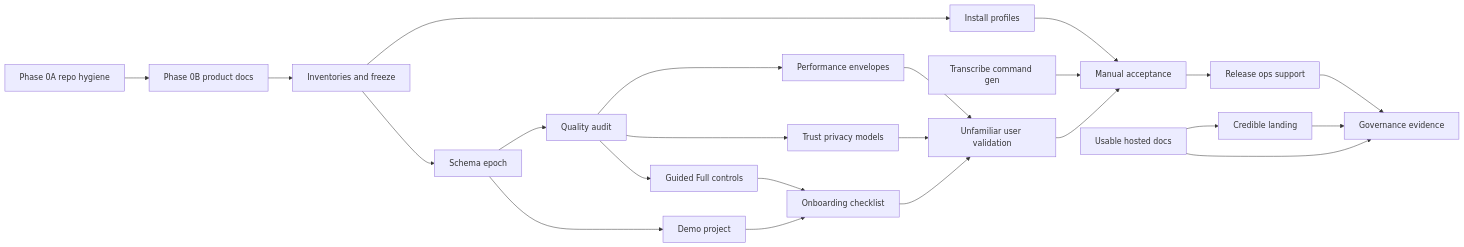
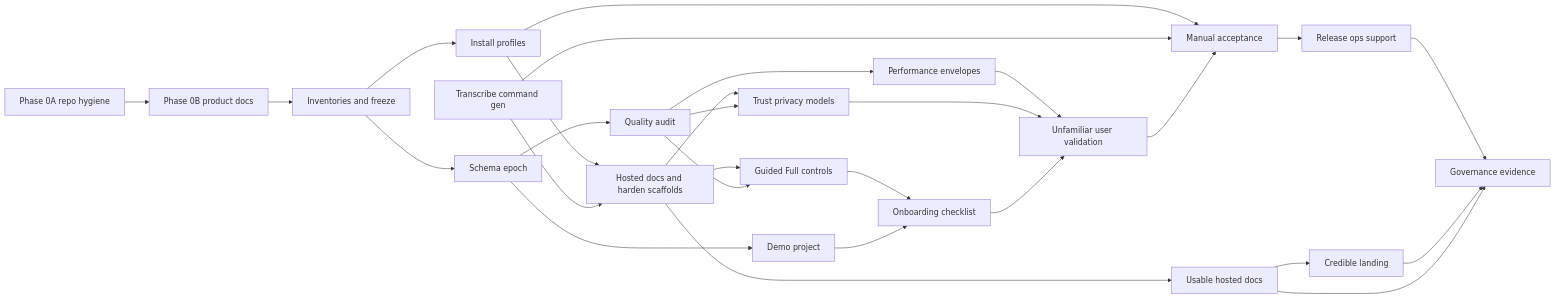
The second of 2 diagrams in docs/dev/pre_release_roadmap_1_0.md (glen-w/TranscriptX), drawn with Mermaid before and after one commit. The commit also changed other lines of this file and 30 other files, not shown here.

First line of the commit message:
Release 0.9.5: hosted docs revive and harden scaffolds.

````diff
--- a/docs/dev/pre_release_roadmap_1_0.md
+++ b/docs/dev/pre_release_roadmap_1_0.md
@@ -545,43 +562,49 @@
 ```mermaid
 flowchart LR
   hygiene[Phase 0A repo hygiene]
   docsAlign[Phase 0B product docs]
   inventories[Inventories and freeze]
   schemaReset[Schema epoch]
   installFix[Install profiles]
   transcribeUX[Transcribe command gen]
+  docsScaffolds[Hosted docs and harden scaffolds]
   modes[Guided Full controls]
   demo[Demo project]
   audit[Quality audit]
   perf[Performance envelopes]
   trust[Trust privacy models]
   onboard[Onboarding checklist]
   users[Unfamiliar user validation]
   rtd[Usable hosted docs]
   web[Credible landing]
   manual[Manual acceptance]
   ops[Release ops support]
   gov[Governance evidence]
   hygiene --> docsAlign
   docsAlign --> inventories
   inventories --> schemaReset
   inventories --> installFix
   schemaReset --> demo
   schemaReset --> audit
+  installFix --> docsScaffolds
+  transcribeUX --> docsScaffolds
   installFix --> manual
   transcribeUX --> manual
-  modes --> onboard
-  demo --> onboard
+  docsScaffolds --> rtd
+  docsScaffolds --> modes
+  docsScaffolds --> trust
   audit --> modes
   audit --> perf
   audit --> trust
+  modes --> onboard
+  demo --> onboard
   perf --> users
   trust --> users
   onboard --> users
   users --> manual
   rtd --> web
   manual --> ops
   ops --> gov
   web --> gov
   rtd --> gov
 ```
````
